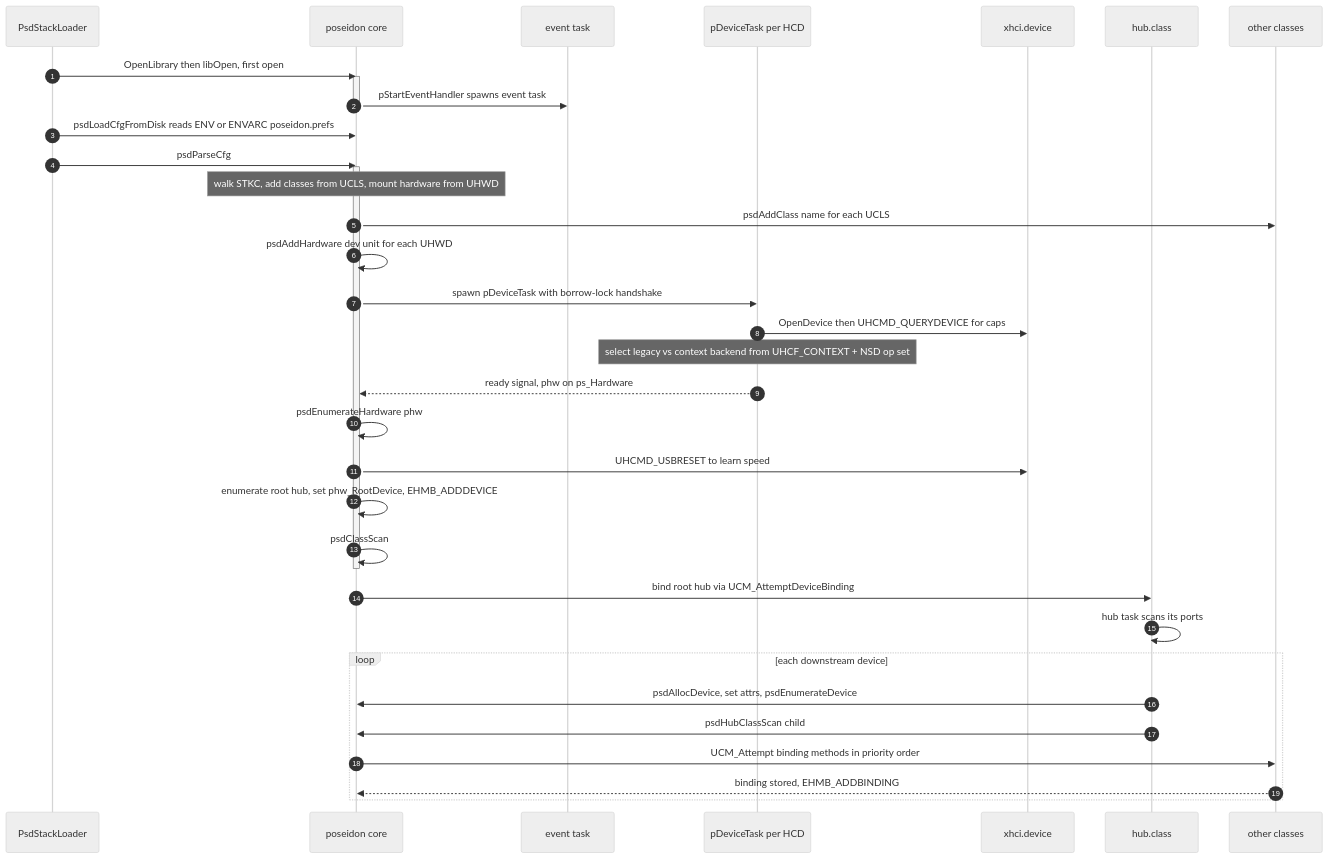
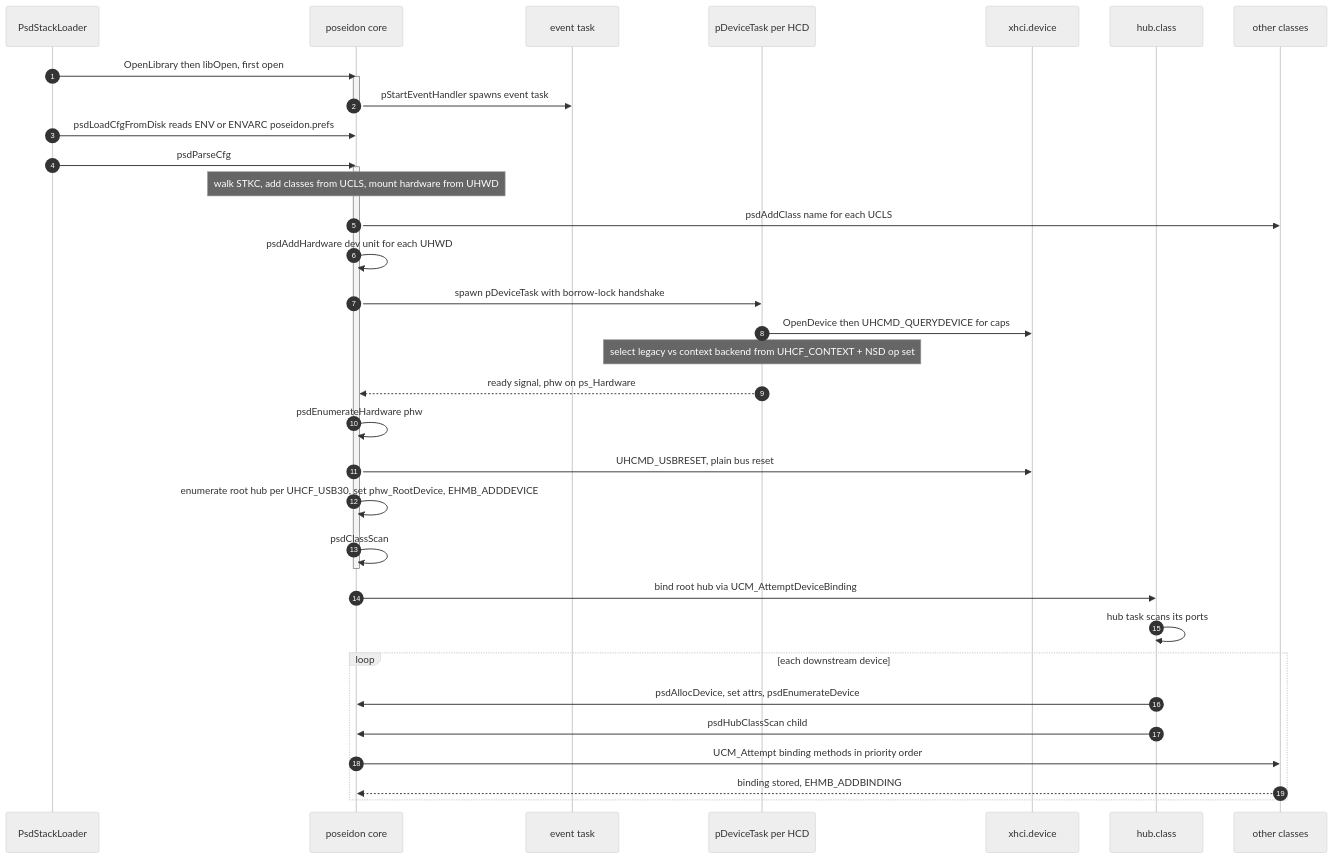
One commit to rondoval/poseidon-backport changed diagram 12 of 17 in docs/poseidon.library-architecture.md. Above: the diagram before and after it, drawn with Mermaid (neutral theme). The commit also changed other lines of this file and 7 other files, not shown here.

````diff
--- a/docs/poseidon.library-architecture.md
+++ b/docs/poseidon.library-architecture.md
@@ -877,39 +908,39 @@
 ```mermaid
 sequenceDiagram
     autonumber
     participant SL as PsdStackLoader
     participant PS as poseidon core
     participant ET as event task
     participant HW as pDeviceTask per HCD
     participant HCD as xhci.device
     participant HUB as hub.class
     participant CLS as other classes
 
     SL->>PS: OpenLibrary then libOpen, first open
     activate PS
     PS->>ET: pStartEventHandler spawns event task
     deactivate PS
     SL->>PS: psdLoadCfgFromDisk reads ENV or ENVARC poseidon.prefs
     SL->>PS: psdParseCfg
     activate PS
     note over PS: walk STKC, add classes from UCLS, mount hardware from UHWD
     PS->>CLS: psdAddClass name for each UCLS
     PS->>PS: psdAddHardware dev unit for each UHWD
     PS->>HW: spawn pDeviceTask with borrow-lock handshake
     HW->>HCD: OpenDevice then UHCMD_QUERYDEVICE for caps
     note over HW: select legacy vs context backend from UHCF_CONTEXT + NSD op set
     HW-->>PS: ready signal, phw on ps_Hardware
     PS->>PS: psdEnumerateHardware phw
-    PS->>HCD: UHCMD_USBRESET to learn speed
-    PS->>PS: enumerate root hub, set phw_RootDevice, EHMB_ADDDEVICE
+    PS->>HCD: UHCMD_USBRESET, plain bus reset
+    PS->>PS: enumerate root hub per UHCF_USB30, set phw_RootDevice, EHMB_ADDDEVICE
     PS->>PS: psdClassScan
     deactivate PS
     PS->>HUB: bind root hub via UCM_AttemptDeviceBinding
     HUB->>HUB: hub task scans its ports
     loop each downstream device
         HUB->>PS: psdAllocDevice, set attrs, psdEnumerateDevice
         HUB->>PS: psdHubClassScan child
         PS->>CLS: UCM_Attempt binding methods in priority order
         CLS-->>PS: binding stored, EHMB_ADDBINDING
     end
 ```
````
